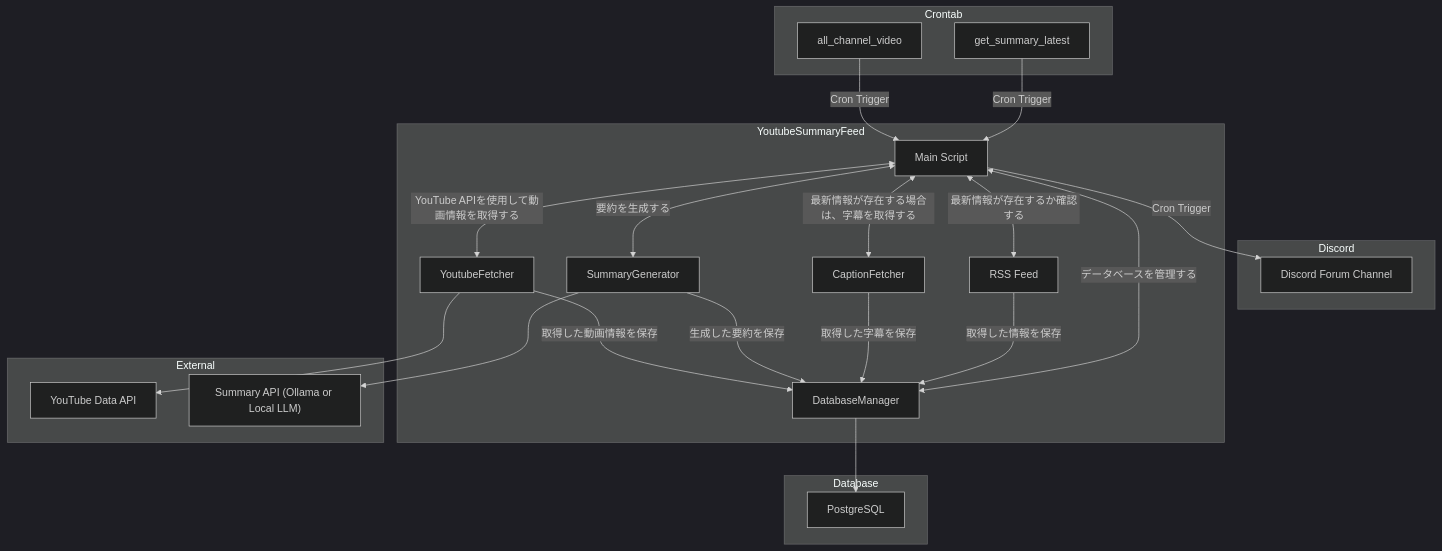
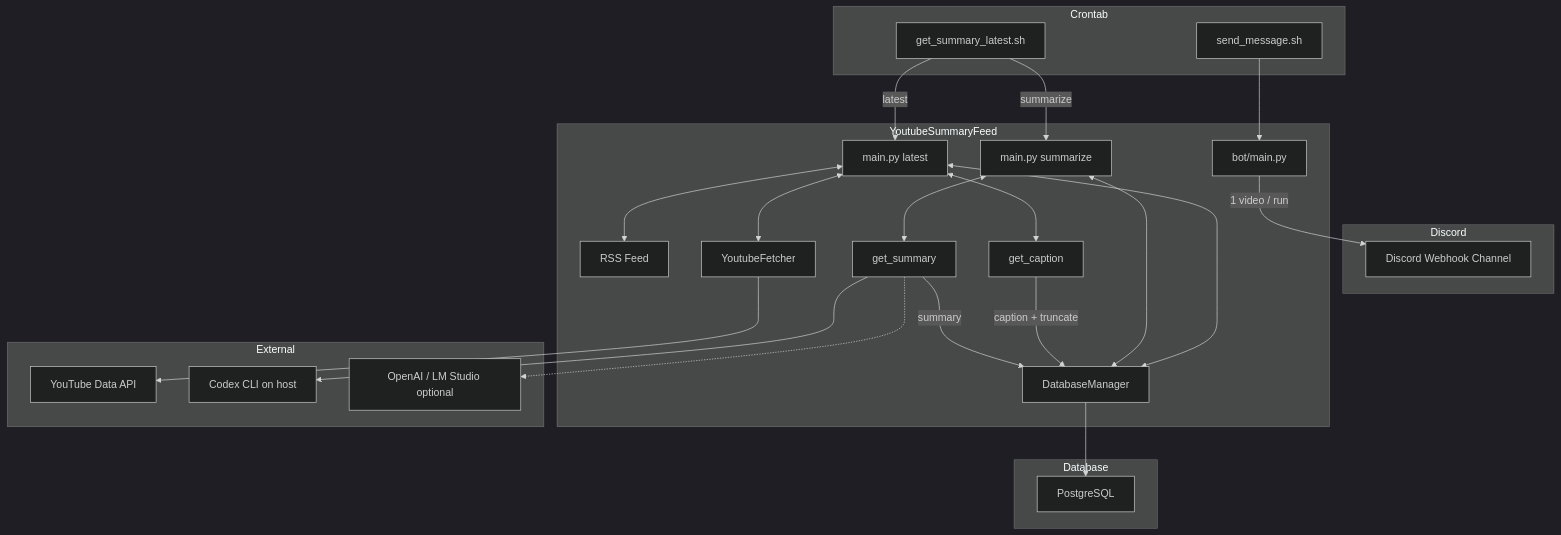
Before and after one commit to hoshimins/youtube_summary_bot: the diagram in document/architecture.md, drawn with Mermaid (dark theme). The commit also changed 18 other files, not shown here.

First line of the commit message:
feature: Codex CLI 要約対応と字幕長制限・ドキュメント同期

````diff
--- a/document/architecture.md
+++ b/document/architecture.md
@@ -1,58 +1,52 @@
 ```mermaid
 graph TD
     subgraph Crontab
-        LatestVideo[get_summary_latest]
-        AllChannelVideo[all_channel_video]
+        LatestVideo[get_summary_latest.sh]
+        SendMessage[send_message.sh]
     end
 
     subgraph Discord
-        DChannel[Discord Forum Channel]
+        DChannel[Discord Webhook Channel]
     end
 
     subgraph YoutubeSummaryFeed
-        MainScript[Main Script]
+        MainLatest[main.py latest]
+        MainSummarize[main.py summarize]
+        BotMain[bot/main.py]
         RSSFeed[RSS Feed]
         YoutubeFetcher[YoutubeFetcher]
-        CaptionFetcher[CaptionFetcher]
-        SummaryGenerator[SummaryGenerator]
+        CaptionFetcher[get_caption]
+        SummaryGenerator[get_summary]
         DatabaseManager[DatabaseManager]
     end
 
     subgraph External
-        YTAPI["YouTube Data API"]
-        Ollama["Summary API (Ollama or Local LLM)"]
+        YTAPI[YouTube Data API]
+        CodexCLI[Codex CLI on host]
+        OpenAIorLM[OpenAI / LM Studio optional]
     end
 
     subgraph Database
-        Postgres["PostgreSQL"]
+        Postgres[PostgreSQL]
     end
 
-    %% Crontab flow
-    LatestVideo -->|Cron Trigger| MainScript
-    AllChannelVideo -->|Cron Trigger| MainScript
+    LatestVideo -->|latest| MainLatest
+    LatestVideo -->|summarize| MainSummarize
+    SendMessage --> BotMain
 
+    MainLatest <--> RSSFeed
+    MainLatest <--> CaptionFetcher
+    MainLatest <--> DatabaseManager
+    MainLatest <--> YoutubeFetcher
 
-    %% MainScript internal flow
-    MainScript <--> |最新情報が存在するか確認する|RSSFeed
-    MainScript <--> |最新情報が存在する場合は、字幕を取得する|CaptionFetcher
-    MainScript <--> |要約を生成する|SummaryGenerator
-    MainScript <--> |データベースを管理する|DatabaseManager
-    MainScript <--> |YouTube APIを使用して動画情報を取得する|YoutubeFetcher
+    MainSummarize <--> SummaryGenerator
+    MainSummarize <--> DatabaseManager
 
-    RSSFeed -->|取得した情報を保存| DatabaseManager 
-    CaptionFetcher -->|取得した字幕を保存| DatabaseManager
-    SummaryGenerator -->|生成した要約を保存| DatabaseManager
-    YoutubeFetcher -->|取得した動画情報を保存| DatabaseManager
-
-    %% External API calls
+    CaptionFetcher -->|caption + truncate| DatabaseManager
+    SummaryGenerator -->|summary| DatabaseManager
     YoutubeFetcher --> YTAPI
-    SummaryGenerator --> Ollama
-
-    %% Database interactions
+    SummaryGenerator --> CodexCLI
+    SummaryGenerator -.-> OpenAIorLM
     DatabaseManager --> Postgres
-
-    %% MainScript outputs
-    MainScript -->|Cron Trigger| DChannel
-
-
+    BotMain -->|1 video / run| DChannel
 ```
````
